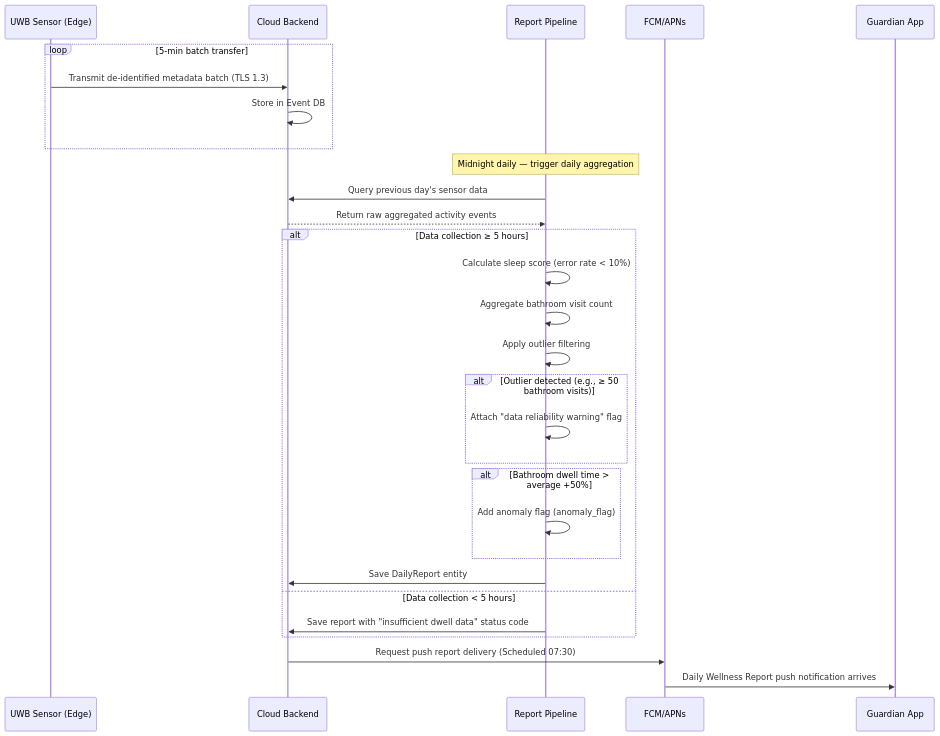
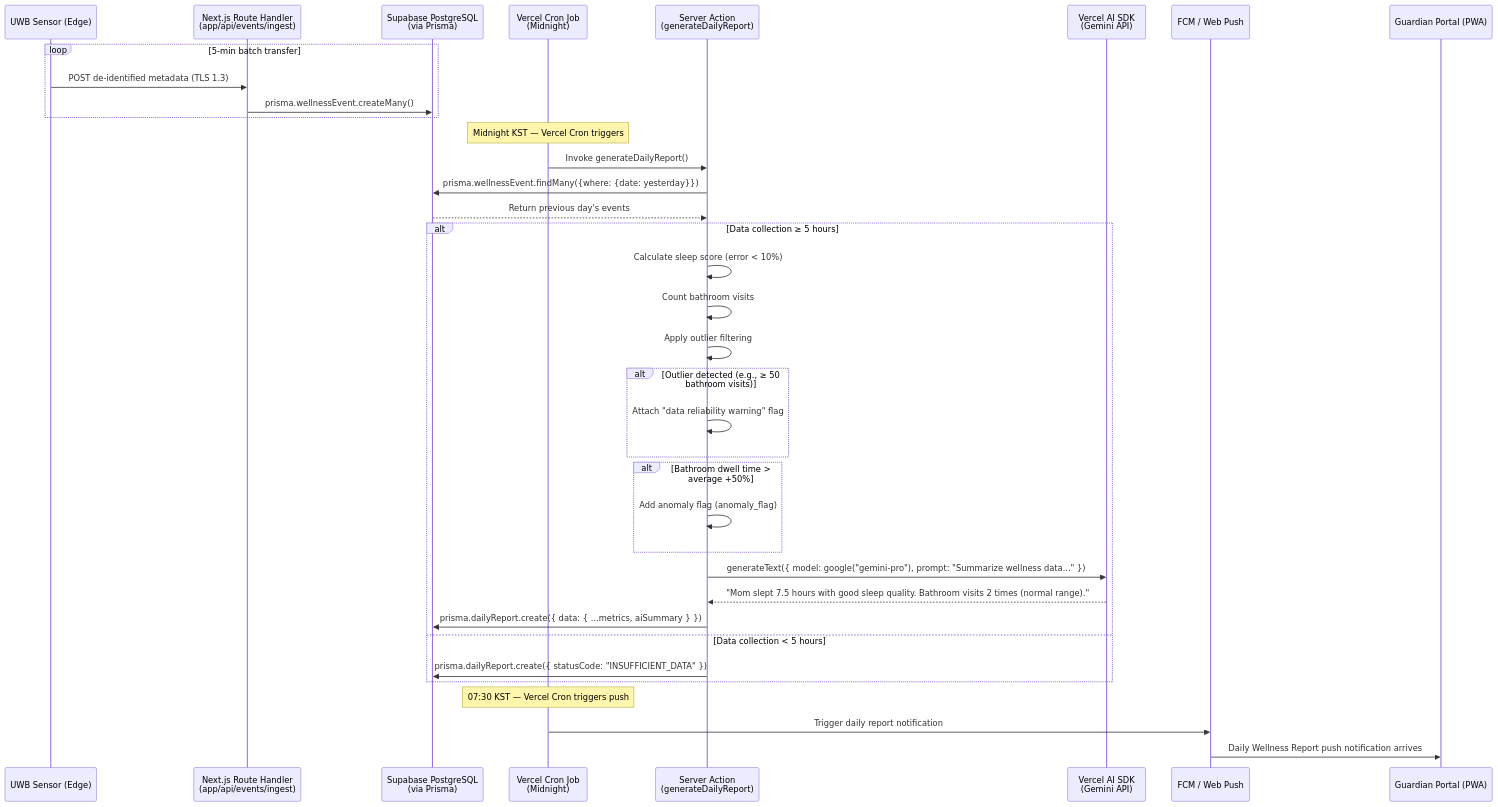
Before and after one commit to bugsmile/SRS-from-PRD_AmbieCARE: the first of 11 diagrams in SRS-Draft/SRS_v01(ENG_OPUS).md, drawn with Mermaid. The commit also changed other lines of this file and 4 other files, not shown here.

````diff
--- a/SRS-Draft/SRS_v01(ENG_OPUS).md
+++ b/SRS-Draft/SRS_v01(ENG_OPUS).md
@@ -176,35 +233,45 @@
 ```mermaid
 sequenceDiagram
     participant S as UWB Sensor (Edge)
-    participant C as Cloud Backend
-    participant RP as Report Pipeline
-    participant P as FCM/APNs
-    participant A as Guardian App
+    participant API as Next.js Route Handler<br/>(app/api/events/ingest)
+    participant DB as Supabase PostgreSQL<br/>(via Prisma)
+    participant CRON as Vercel Cron Job<br/>(Midnight)
+    participant SA as Server Action<br/>(generateDailyReport)
+    participant AI as Vercel AI SDK<br/>(Gemini API)
+    participant PUSH as FCM / Web Push
+    participant PWA as Guardian Portal (PWA)
 
     loop 5-min batch transfer
-        S->>C: Transmit de-identified metadata batch (TLS 1.3)
-        C->>C: Store in Event DB
+        S->>API: POST de-identified metadata (TLS 1.3)
+        API->>DB: prisma.wellnessEvent.createMany()
     end
 
-    Note over RP: Midnight daily — trigger daily aggregation
-    RP->>C: Query previous day's sensor data
-    C-->>RP: Return raw aggregated activity events
+    Note over CRON: Midnight KST — Vercel Cron triggers
+
+    CRON->>SA: Invoke generateDailyReport()
+    SA->>DB: prisma.wellnessEvent.findMany({where: {date: yesterday}})
+    DB-->>SA: Return previous day's events
 
     alt Data collection ≥ 5 hours
-        RP->>RP: Calculate sleep score (error rate < 10%)
-        RP->>RP: Aggregate bathroom visit count
-        RP->>RP: Apply outlier filtering
+        SA->>SA: Calculate sleep score (error < 10%)
+        SA->>SA: Count bathroom visits
+        SA->>SA: Apply outlier filtering
         alt Outlier detected (e.g., ≥ 50 bathroom visits)
-            RP->>RP: Attach "data reliability warning" flag
+            SA->>SA: Attach "data reliability warning" flag
         end
         alt Bathroom dwell time > average +50%
-            RP->>RP: Add anomaly flag (anomaly_flag)
+            SA->>SA: Add anomaly flag (anomaly_flag)
         end
-        RP->>C: Save DailyReport entity
+
+        SA->>AI: generateText({ model: google("gemini-pro"), prompt: "Summarize wellness data..." })
+        AI-->>SA: "Mom slept 7.5 hours with good sleep quality. Bathroom visits 2 times (normal range)."
+
+        SA->>DB: prisma.dailyReport.create({ data: { ...metrics, aiSummary } })
     else Data collection < 5 hours
-        RP->>C: Save report with "insufficient dwell data" status code
+        SA->>DB: prisma.dailyReport.create({ statusCode: "INSUFFICIENT_DATA" })
     end
 
-    C->>P: Request push report delivery (Scheduled 07:30)
-    P->>A: Daily Wellness Report push notification arrives
+    Note over CRON: 07:30 KST — Vercel Cron triggers push
+    CRON->>PUSH: Trigger daily report notification
+    PUSH->>PWA: Daily Wellness Report push notification arrives
 ```
````
